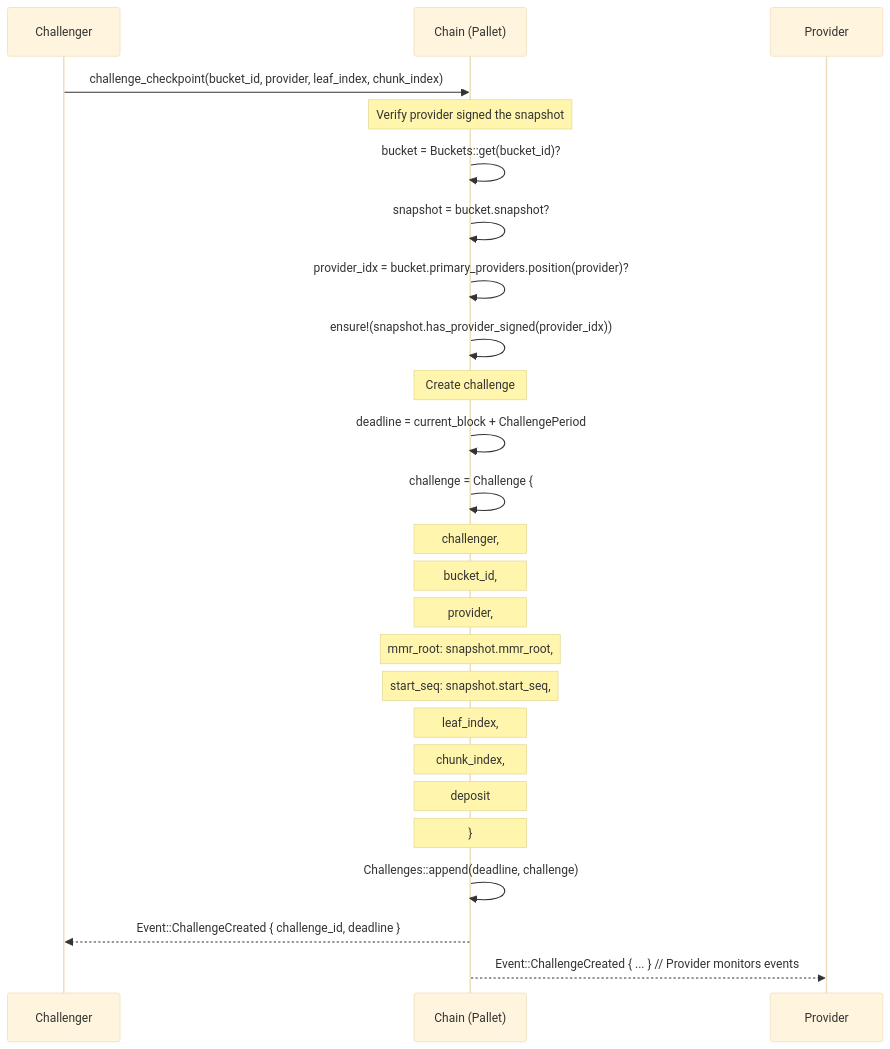
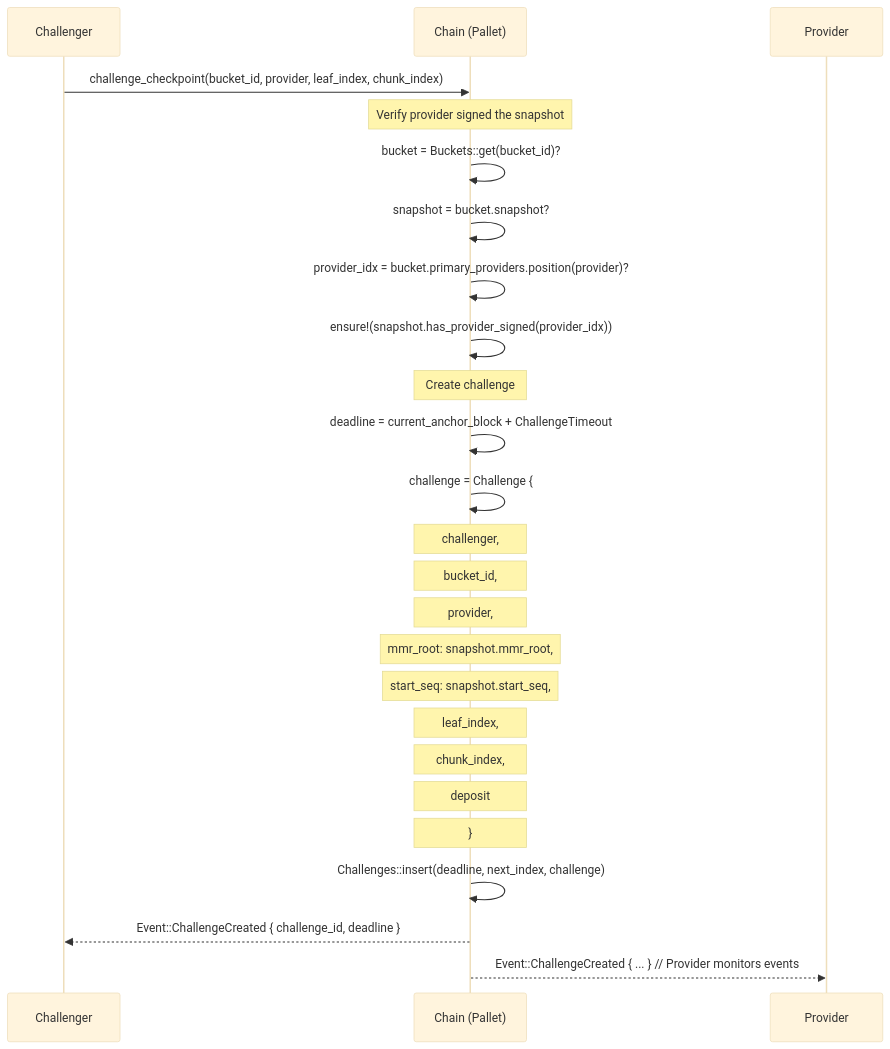
The ninth of 13 diagrams in docs/design/EXECUTION_FLOWS.md (paritytech/web3-storage), drawn with Mermaid (base theme) before and after one commit. The commit also changed other lines of this file and 5 other files, not shown here.

````diff
--- a/docs/design/EXECUTION_FLOWS.md
+++ b/docs/design/EXECUTION_FLOWS.md
@@ -460,32 +467,32 @@
 ```mermaid
 sequenceDiagram
     participant U as Challenger
     participant C as Chain (Pallet)
     participant P as Provider
 
     U->>C: challenge_checkpoint(bucket_id, provider, leaf_index, chunk_index)
 
     Note over C: Verify provider signed the snapshot
     C->>C: bucket = Buckets::get(bucket_id)?
     C->>C: snapshot = bucket.snapshot?
     C->>C: provider_idx = bucket.primary_providers.position(provider)?
     C->>C: ensure!(snapshot.has_provider_signed(provider_idx))
 
     Note over C: Create challenge
-    C->>C: deadline = current_block + ChallengePeriod
+    C->>C: deadline = current_anchor_block + ChallengeTimeout
     C->>C: challenge = Challenge {
     Note over C:   challenger,
     Note over C:   bucket_id,
     Note over C:   provider,
     Note over C:   mmr_root: snapshot.mmr_root,
     Note over C:   start_seq: snapshot.start_seq,
     Note over C:   leaf_index,
     Note over C:   chunk_index,
     Note over C:   deposit
     Note over C: }
 
-    C->>C: Challenges::append(deadline, challenge)
+    C->>C: Challenges::insert(deadline, next_index, challenge)
 
     C-->>U: Event::ChallengeCreated { challenge_id, deadline }
     C-->>P: Event::ChallengeCreated { ... }  // Provider monitors events
 ```
````
